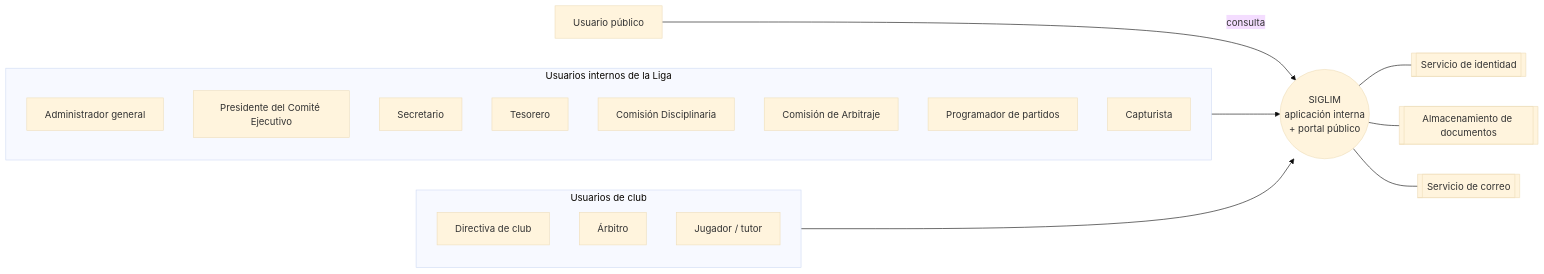
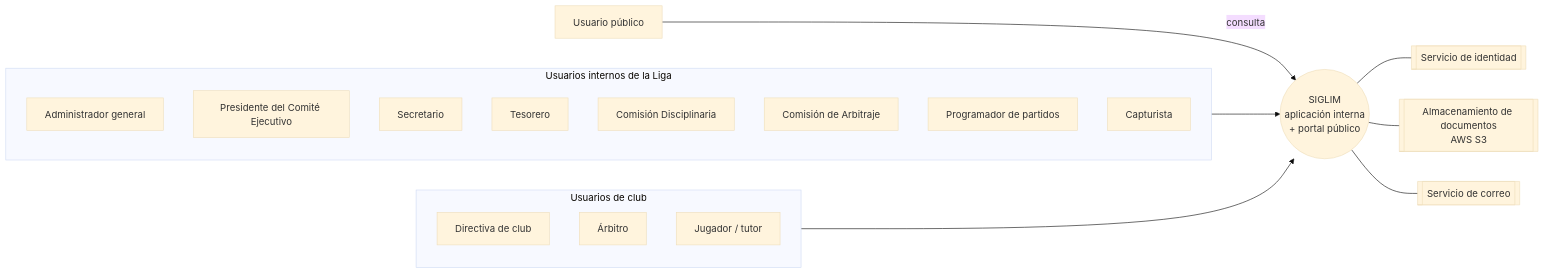
The first of 21 diagrams in docs/requisitos/ERS.md (israelweil/SIGLIM), drawn with Mermaid (base theme) before and after one commit. The commit also changed other lines of this file and 30 other files, not shown here.

First line of the commit message:
feat(bd): migración inicial Rev. 0.4.1, diccionario v2.0 y documentos en AWS S3

````diff
--- a/docs/requisitos/ERS.md
+++ b/docs/requisitos/ERS.md
@@ -182,29 +183,29 @@
 ```mermaid
 flowchart LR
     subgraph Liga["Usuarios internos de la Liga"]
         ADM[Administrador general]
         PRE[Presidente del Comité Ejecutivo]
         SEC[Secretario]
         TES[Tesorero]
         CDI[Comisión Disciplinaria]
         CAR[Comisión de Arbitraje]
         PRO[Programador de partidos]
         CAP[Capturista]
     end
     subgraph Club["Usuarios de club"]
         DIR[Directiva de club]
         ARB[Árbitro]
         JUG[Jugador / tutor]
     end
     PUB[Usuario público]
     SIS(("SIGLIM<br/>aplicación interna<br/>+ portal público"))
     IDP[[Servicio de identidad]]
-    ALM[[Almacenamiento de documentos]]
+    ALM[[Almacenamiento de documentos<br/>AWS S3]]
     COR[[Servicio de correo]]
     Liga --> SIS
     Club --> SIS
     PUB -- consulta --> SIS
     SIS --- IDP
     SIS --- ALM
     SIS --- COR
 ```
````
